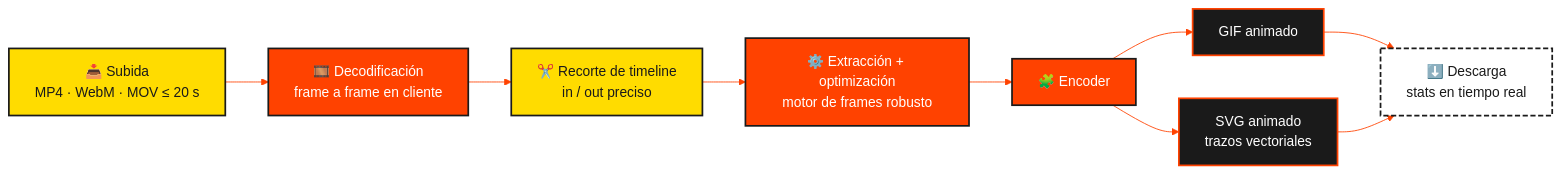
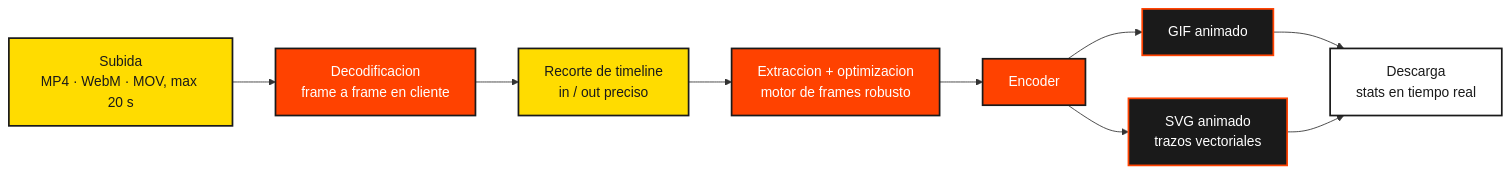
Before and after one commit to freeanimationpower/FAP_GIF_SVG_TRANSFORM: the diagram in README.md, drawn with Mermaid.

Commit message:
Fix mermaid syntax for GitHub renderer

````diff
--- a/README.md
+++ b/README.md
@@ -130,20 +130,19 @@
 ```mermaid
 flowchart LR
-%%{init: {'theme': 'base', 'themeVariables': {'primaryColor': '#ffdc00', 'primaryBorderColor': '#1a1a1a', 'primaryTextColor': '#1a1a1a', 'lineColor': '#ff4200', 'fontFamily': 'Segoe UI'}}}%%
     classDef ui fill:#ffdc00,stroke:#1a1a1a,color:#1a1a1a,stroke-width:2px;
     classDef engine fill:#ff4200,stroke:#1a1a1a,color:#ffffff,stroke-width:2px;
     classDef data fill:#1a1a1a,stroke:#ff4200,color:#ffffff,stroke-width:2px;
-    classDef ext fill:#ffffff,stroke:#1a1a1a,color:#1a1a1a,stroke-width:2px,stroke-dasharray:6 3;
-        UP["📥 Subida<br/>MP4 · WebM · MOV ≤ 20 s"] --> DEC["🎞️ Decodificación<br/>frame a frame en cliente"]
-        DEC --> TRM["✂️ Recorte de timeline<br/>in / out preciso"]
-        TRM --> EXT["⚙️ Extracción + optimización<br/>motor de frames robusto"]
-        EXT --> ENC["🧩 Encoder"]
+    classDef ext fill:#ffffff,stroke:#1a1a1a,color:#1a1a1a,stroke-width:2px;
+        UP["Subida<br/>MP4 · WebM · MOV, max 20 s"] --> DEC["Decodificacion<br/>frame a frame en cliente"]
+        DEC --> TRM["Recorte de timeline<br/>in / out preciso"]
+        TRM --> EXT["Extraccion + optimizacion<br/>motor de frames robusto"]
+        EXT --> ENC["Encoder"]
         ENC --> GIF["GIF animado"]
         ENC --> SVG["SVG animado<br/>trazos vectoriales"]
-        GIF --> DL["⬇️ Descarga<br/>stats en tiempo real"]
+        GIF --> DL["Descarga<br/>stats en tiempo real"]
         SVG --> DL
         class UP,TRM ui
         class DEC,EXT,ENC engine
         class GIF,SVG data
         class DL ext
 ```
````
